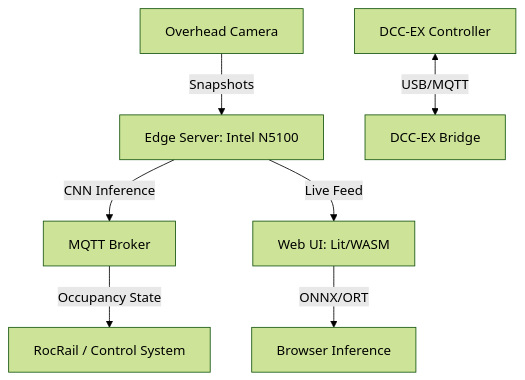
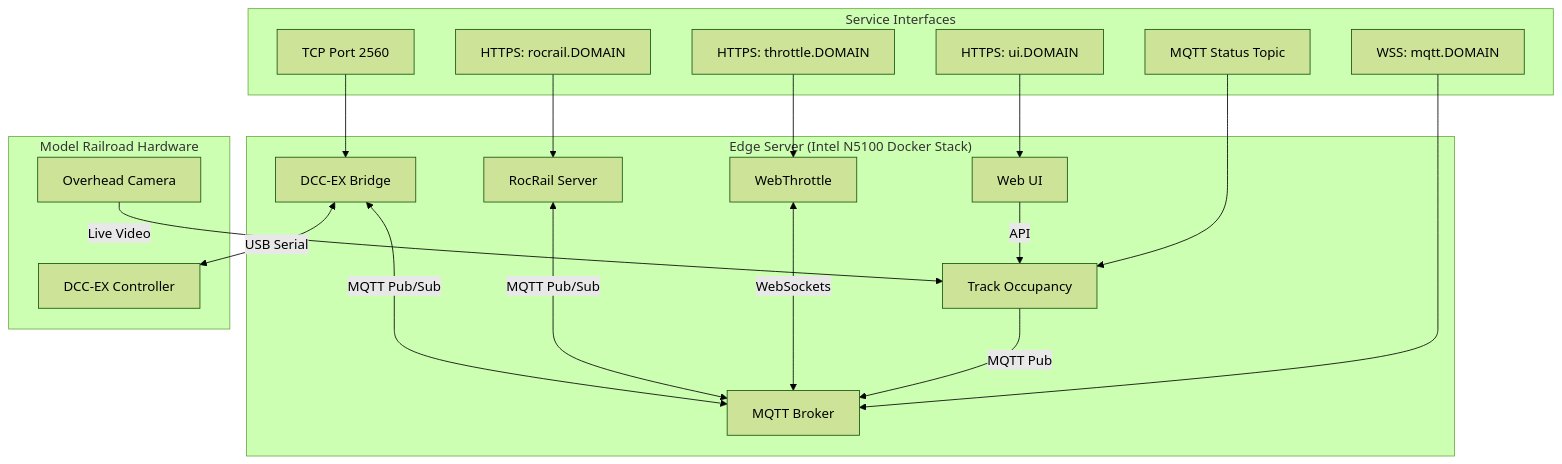
One commit to iot49/track-occupancy changed the diagram in README.md. Above: the diagram before and after it, drawn with Mermaid (forest theme). The commit also changed other lines of this file and 14 other files, not shown here.

````diff
--- a/README.md
+++ b/README.md
@@ -36,9 +42,45 @@
 ```mermaid
 graph TD
-    CAM[Overhead Camera] -->|Snapshots| SRV[Edge Server: Intel N5100]
-    SRV -->|CNN Inference| MQTT[MQTT Broker]
-    SRV -->|Live Feed| UI[Web UI: Lit/WASM]
-    UI -->|ONNX/ORT| UI_INF[Browser Inference]
-    MQTT -->|Occupancy State| RR[RocRail / Control System]
-    DCC[DCC-EX Controller] <-->|USB/MQTT| BRIDGE[DCC-EX Bridge]
+    %% Service Interfaces above
+    subgraph Interfaces ["Service Interfaces"]
+        UI_IF["HTTPS: ui.DOMAIN"]
+        THROTTLE_IF["HTTPS: throttle.DOMAIN"]
+        ROCRAIL_IF["HTTPS: rocrail.DOMAIN"]
+        MQTT_IF["WSS: mqtt.DOMAIN"]
+        OCC_IF["MQTT Status Topic"]
+        BRIDGE_IF["TCP Port 2560"]
+    end
+
+    %% Services nested inside the Edge Server
+    subgraph Server ["Edge Server (Intel N5100 Docker Stack)"]
+        UI["Web UI"]
+        THROTTLE["WebThrottle"]
+        ROCRAIL["RocRail Server"]
+        MQTT["MQTT Broker"]
+        OCCUPANCY["Track Occupancy"]
+        BRIDGE["DCC-EX Bridge"]
+    end
+
+    %% Model Railroad Hardware
+    subgraph Hardware ["Model Railroad Hardware"]
+        CAM["Overhead Camera"]
+        DCC["DCC-EX Controller"]
+    end
+
+    %% Interface mapping to Services
+    UI_IF --> UI
+    THROTTLE_IF --> THROTTLE
+    ROCRAIL_IF --> ROCRAIL
+    MQTT_IF --> MQTT
+    OCC_IF --> OCCUPANCY
+    BRIDGE_IF --> BRIDGE
+
+    %% Core interactions & Hardware mapping
+    CAM -->|Live Video| OCCUPANCY
+    OCCUPANCY -->|MQTT Pub| MQTT
+    UI -->|API| OCCUPANCY
+    THROTTLE <-->|WebSockets| MQTT
+    ROCRAIL <-->|MQTT Pub/Sub| MQTT
+    BRIDGE <-->|MQTT Pub/Sub| MQTT
+    BRIDGE <-->|USB Serial| DCC
 ```
````
